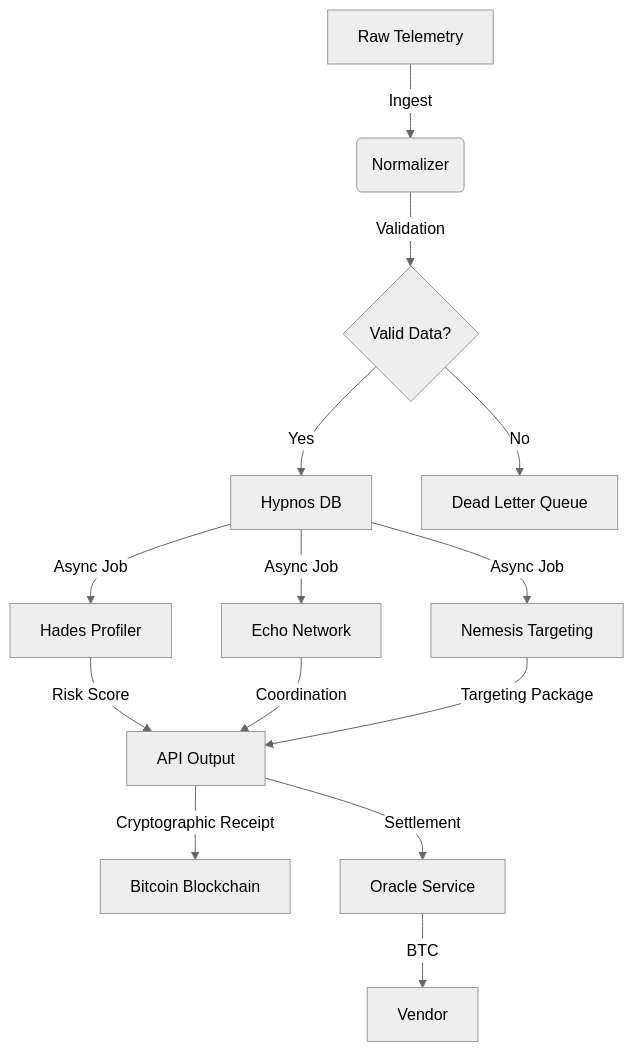
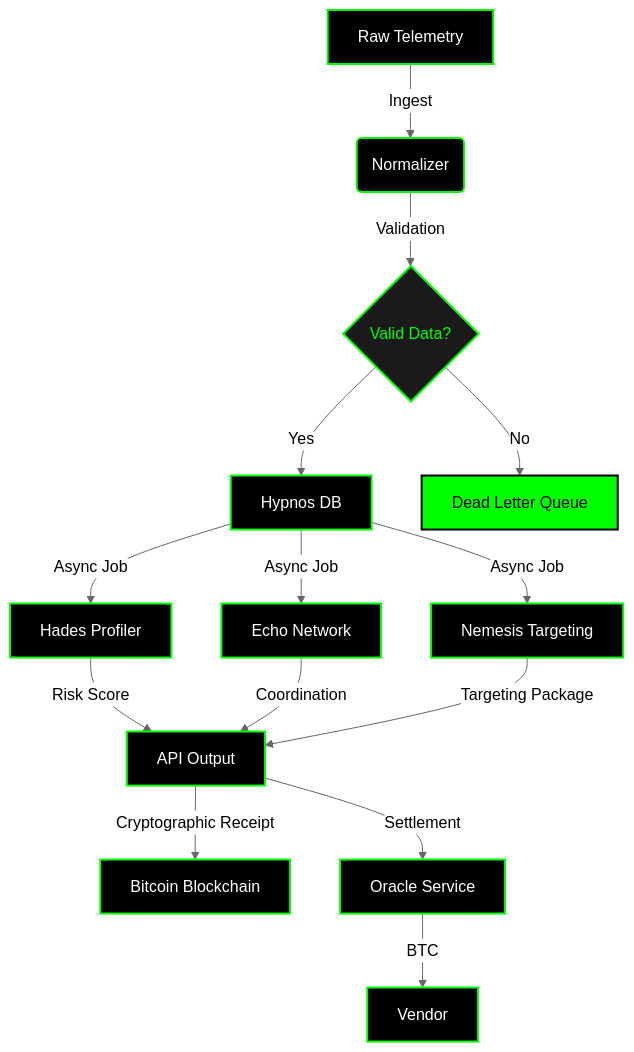
The diagram in README.md (aidanduffy68-prog/USD_FRY), drawn with Mermaid (neutral theme) before and after one commit.

Commit message:
Update architecture diagram with green and black logo colors

````diff
--- a/README.md
+++ b/README.md
@@ -114,16 +114,24 @@
 ```mermaid
 graph TD
     A[Raw Telemetry] -->|Ingest| B(Normalizer)
     B -->|Validation| C{Valid Data?}
     C -->|Yes| D[Hypnos DB]
     C -->|No| E[Dead Letter Queue]
     D -->|Async Job| F[Hades Profiler]
     F -->|Risk Score| G[API Output]
     D -->|Async Job| H[Echo Network]
     H -->|Coordination| G
     D -->|Async Job| I[Nemesis Targeting]
     I -->|Targeting Package| G
     G -->|Cryptographic Receipt| J[Bitcoin Blockchain]
     G -->|Settlement| K[Oracle Service]
     K -->|BTC| L[Vendor]
+    
+    classDef blackNode fill:#000000,stroke:#00ff00,stroke-width:2px,color:#ffffff
+    classDef greenNode fill:#00ff00,stroke:#000000,stroke-width:2px,color:#000000
+    classDef decisionNode fill:#1a1a1a,stroke:#00ff00,stroke-width:2px,color:#00ff00
+    
+    class A,B,D,F,H,I,G,J,K,L blackNode
+    class E greenNode
+    class C decisionNode
 ```
````
